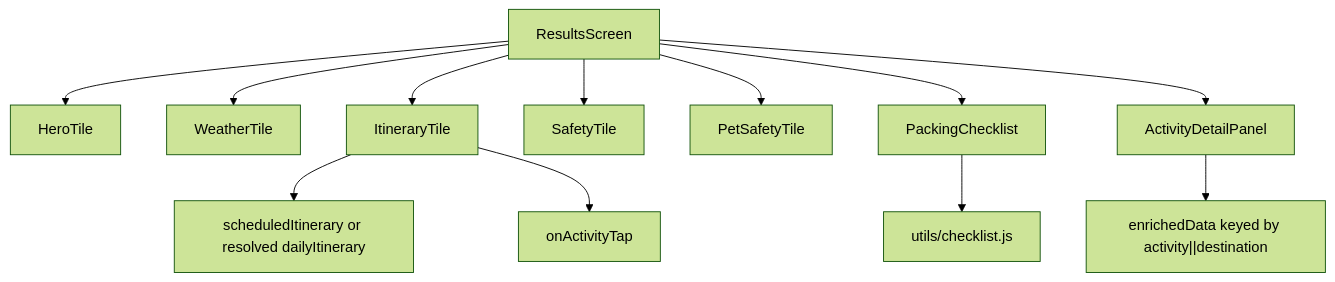
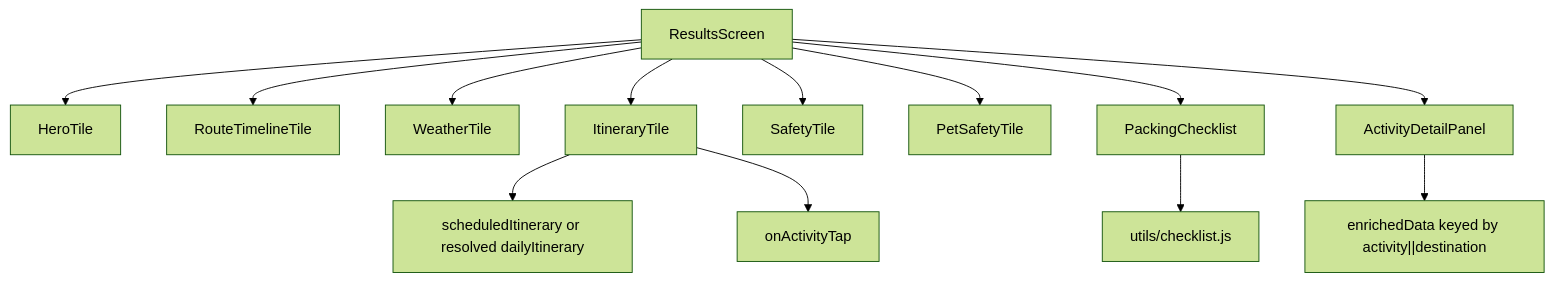
One commit to prasadnitish/SproutRoute changed the sixth of 7 diagrams in docs/WEB_CODE_GRAPH.md. Above: the diagram before and after it, drawn with Mermaid (forest theme). The commit also changed other lines of this file and 21 other files, not shown here.

````diff
--- a/docs/WEB_CODE_GRAPH.md
+++ b/docs/WEB_CODE_GRAPH.md
@@ -135,15 +141,16 @@
 ```mermaid
 flowchart TD
     A["ResultsScreen"] --> B["HeroTile"]
+    A --> M["RouteTimelineTile"]
     A --> C["WeatherTile"]
     A --> D["ItineraryTile"]
     A --> E["SafetyTile"]
     A --> F["PetSafetyTile"]
     A --> G["PackingChecklist"]
     A --> H["ActivityDetailPanel"]
 
     D --> I["scheduledItinerary or resolved dailyItinerary"]
     D --> J["onActivityTap"]
     G --> K["utils/checklist.js"]
     H --> L["enrichedData keyed by activity||destination"]
 ```
````
